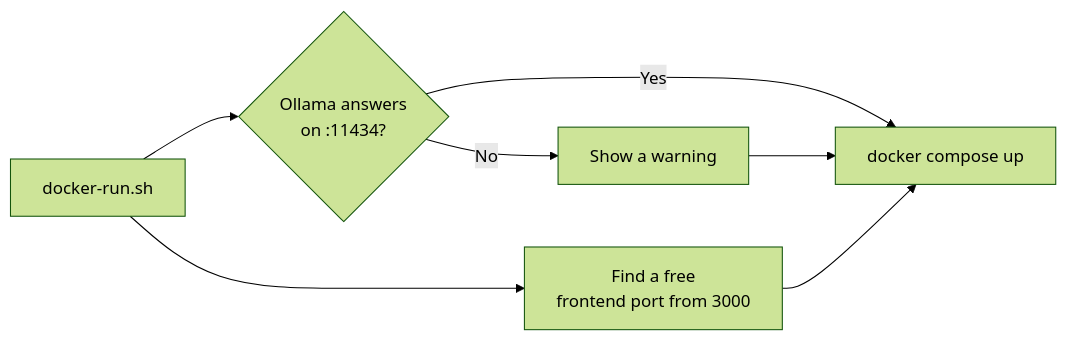
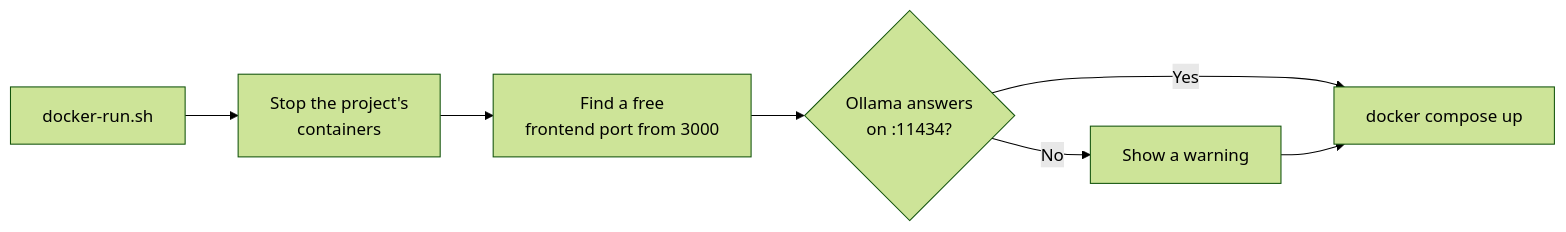
Before and after one commit to neoncircuit/job-raider: the diagram in DOCKER.md, drawn with Mermaid (forest theme). The commit also changed other lines of this file and 2 other files, not shown here.

First line of the commit message:
fix(docker): free the frontend port before docker-run.sh checks it

````diff
--- a/DOCKER.md
+++ b/DOCKER.md
@@ -65,9 +65,9 @@
 ```mermaid
 graph LR
-    Run[docker-run.sh] --> Port[Find a free<br/>frontend port from 3000]
-    Run --> Check{Ollama answers<br/>on :11434?}
+    Run[docker-run.sh] --> Down[Stop the project's<br/>containers]
+    Down --> Port[Find a free<br/>frontend port from 3000]
+    Port --> Check{Ollama answers<br/>on :11434?}
     Check -->|No| Warn[Show a warning]
-    Check -->|Yes| Up
+    Check -->|Yes| Up[docker compose up]
     Warn --> Up
-    Port --> Up[docker compose up]
 ```
````
